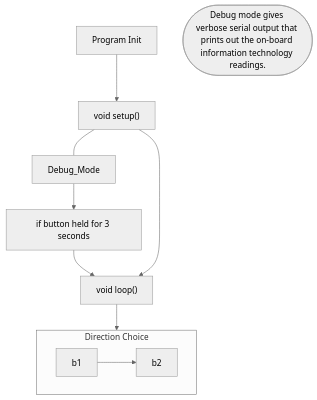
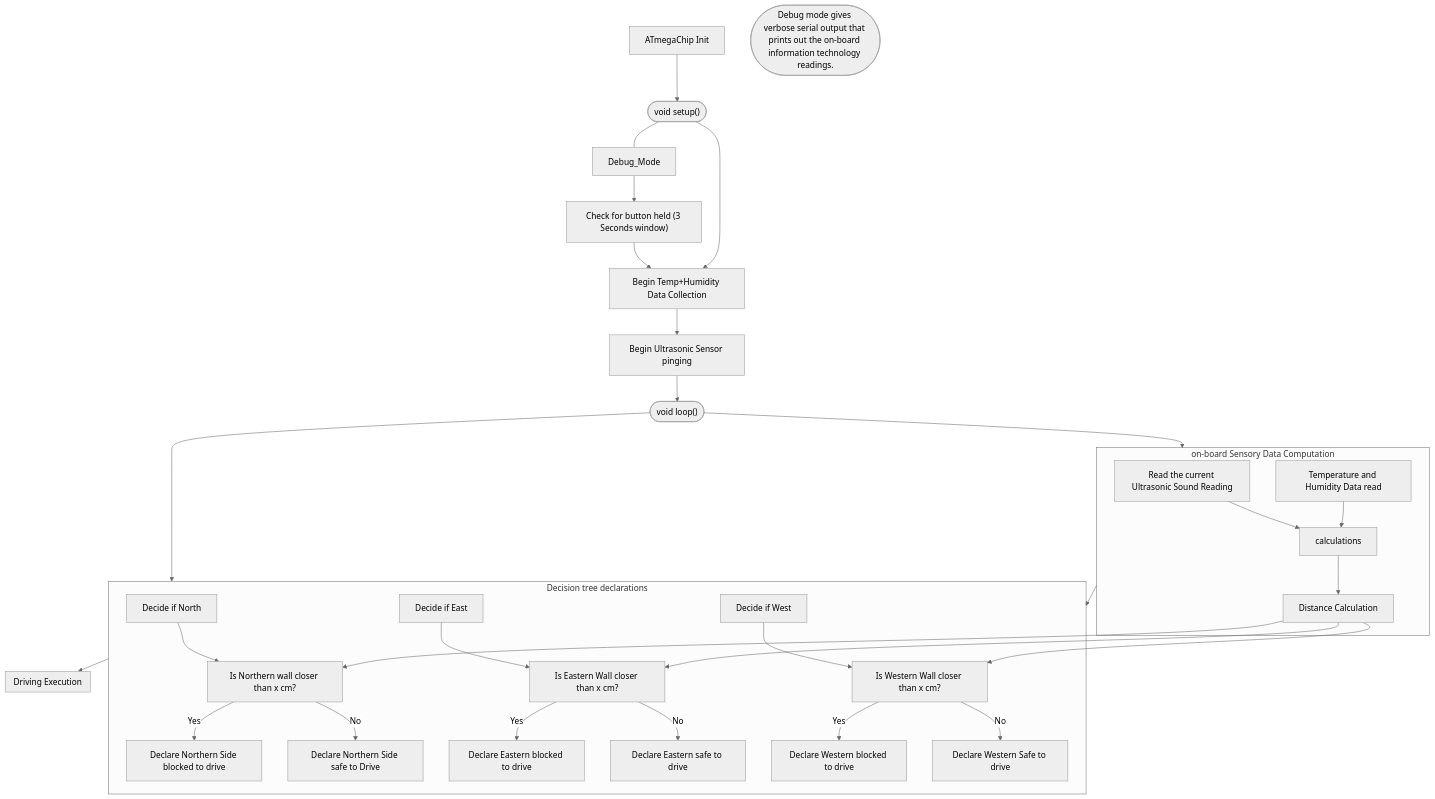
Before and after one commit to coldenate/wall-e: the diagram in README.md, drawn with Mermaid (neutral theme).

Commit message:
added flowchart up untill the driving execution

````diff
--- a/README.md
+++ b/README.md
@@ -20,14 +3,41 @@
 ```mermaid
 flowchart TB
-  A[Program Init] --> B["void setup()"] 
-  B["void setup()"] ---  D[Debug_Mode] --> E[if button held for 3 seconds]
+  A[ATmegaChip Init] --> B["void setup()"] 
+  B(["void setup()"]) ---  D[Debug_Mode] --> E["Check for button held (3 Seconds window)"]
   id1([Debug mode gives verbose serial output that prints out the on-board information technology readings.])
-  E --> C
-  B --> C["void loop()"]
-  C --> id2
-  subgraph id2 [Direction Choice]
-  b1 -->b2
+  E --> C["Begin Temp+Humidity Data Collection"]
+  B --> C
+  C --> G["Begin Ultrasonic Sensor pinging"]
+  G --> idloop
+  idloop(["void loop()"])
+  idloop --> id2
+  subgraph id2 [on-board Sensory Data Computation]
+  idping[Read the current Ultrasonic Sound Reading] --> idequ[calculations]
+  iddht[Temperature and Humidity Data read] --> idequ
+  idequ-->iddist[Distance Calculation]
+  end
+  idloop --> id3
+  id2 --> id3
+  subgraph id3["Decision tree declarations"]
+  idN["Decide if North"]
+  idN --> l["Is Northern wall closer than x cm?"]
+  iddist --> l
+  l -- Yes --> idDec["Declare Northern Side blocked to drive"]
+  l -- No --> idDecno["Declare Northern Side safe to Drive"]
+  idE["Decide if East"]
+  idE --> k["Is Eastern Wall closer than x cm?"]
+  iddist --> k
+  k -- Yes --> idDecE["Declare Eastern blocked to drive"]
+  k -- No --> idDecEno["Declare Eastern safe to drive"]
+  idW["Decide if West"]
+  idW --> I["Is Western Wall closer than x cm?"]
+  iddist --> I
+  I -- Yes --> idDecW["Declare Western blocked to drive"]
+  I -- No --> idDecWno["Declare Western Safe to drive"]
+  end
+  id3 --> id4
+  subgraph id4["Driving Execution"]
+  
   end
 
-
 ```
````
